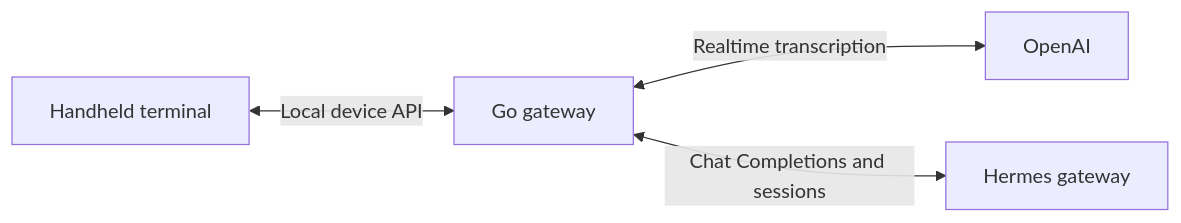
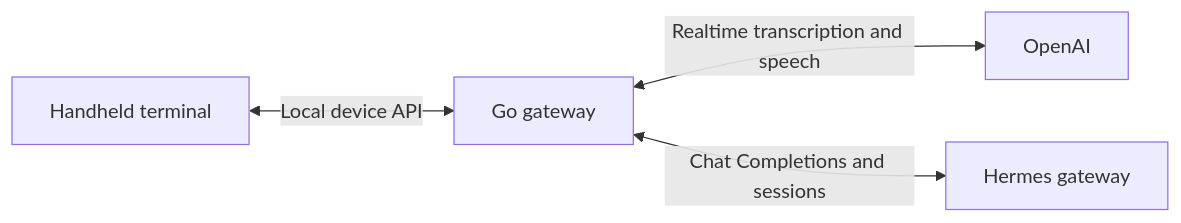
Before and after one commit to tf4fun/voice-agent-terminal: the diagram in README.md, drawn with Mermaid. The commit also changed other lines of this file and 8 other files, not shown here.

````diff
--- a/README.md
+++ b/README.md
@@ -75,6 +88,6 @@
 ```mermaid
 flowchart LR
     Device[Handheld terminal] <-->|Local device API| Gateway[Go gateway]
-    Gateway <-->|Realtime transcription| OpenAI[OpenAI]
+    Gateway <-->|Realtime transcription and speech| OpenAI[OpenAI]
     Gateway <-->|Chat Completions and sessions| Hermes[Hermes gateway]
 ```
````
